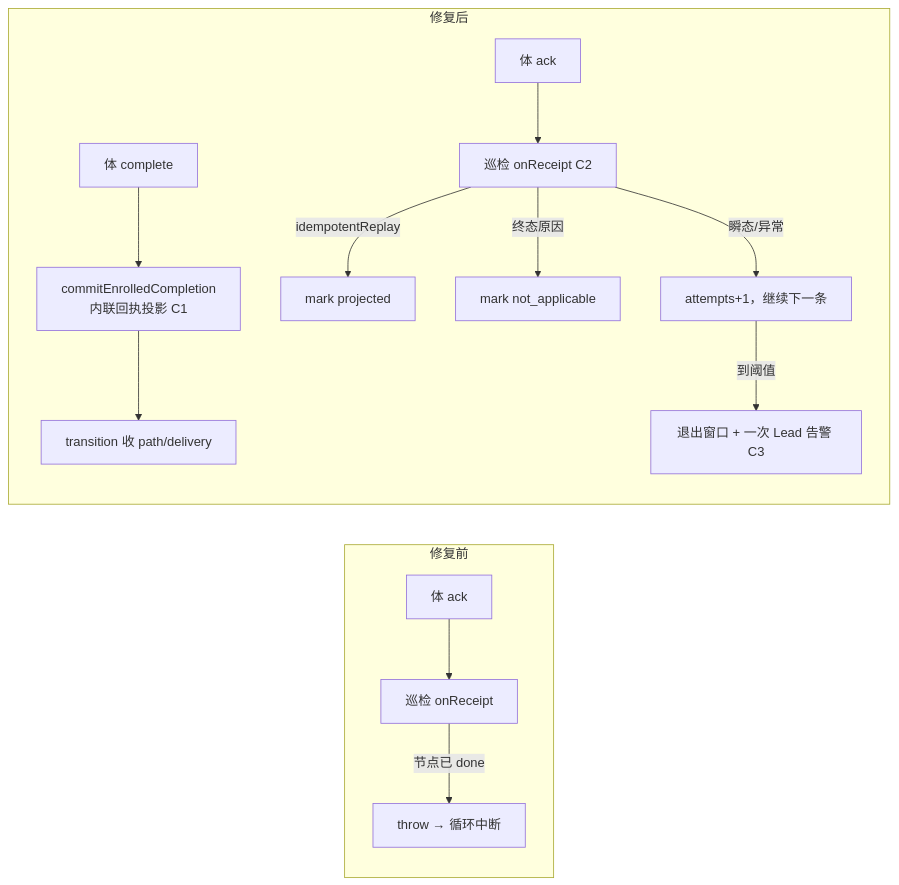
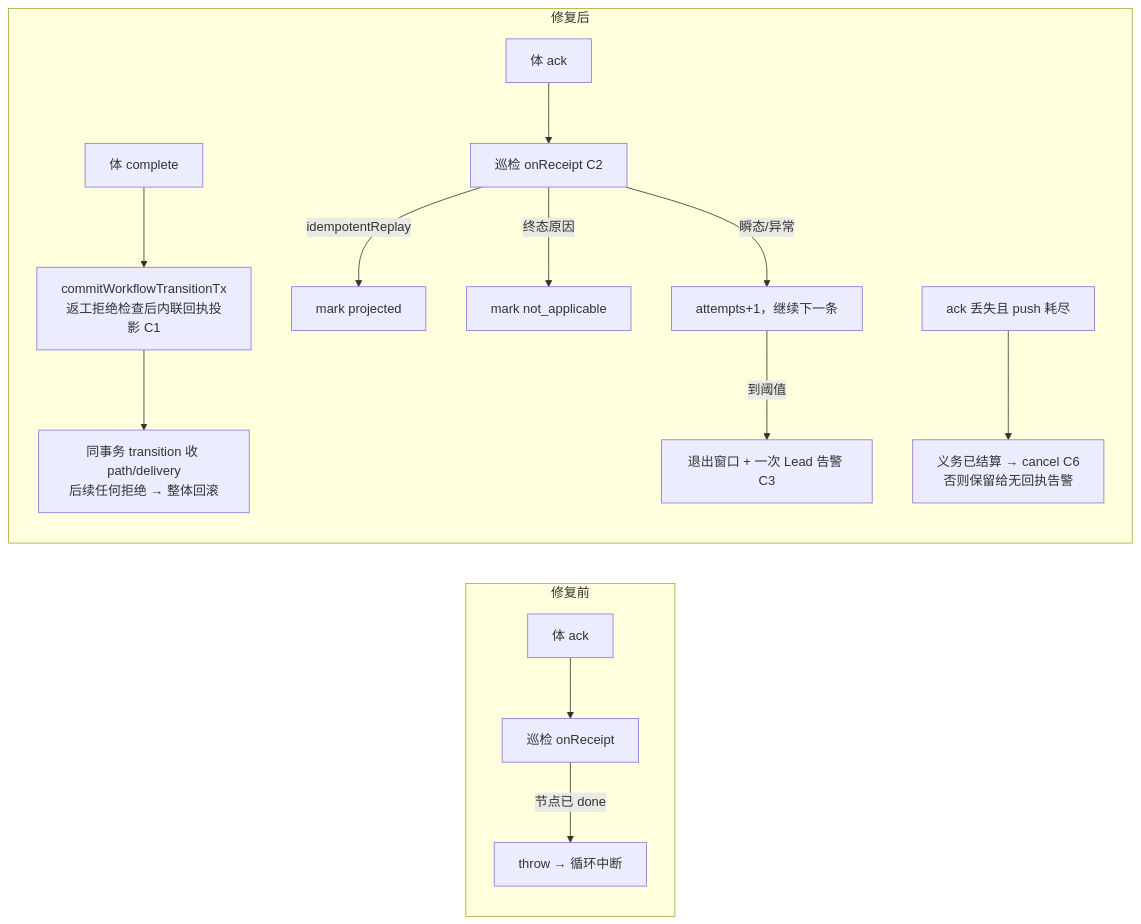
Before and after one commit to xrliAnnie/flywheel-qa-sandbox: the diagram in engineering/doc/FLY-2828-rework-receipt-projection/plan.md, drawn with Mermaid. The commit also changed other lines of this file, not shown here.

````diff
--- a/engineering/doc/FLY-2828-rework-receipt-projection/plan.md
+++ b/engineering/doc/FLY-2828-rework-receipt-projection/plan.md
@@ -30,16 +30,17 @@
 ```mermaid
 flowchart LR
     subgraph before[修复前]
         A1[体 ack] --> B1[巡检 onReceipt]
         B1 -->|节点已 done| C1[throw → 循环中断]
     end
     subgraph after[修复后]
-        A2[体 complete] --> D2[commitEnrolledCompletion<br/>内联回执投影 C1]
-        D2 --> E2[transition 收 path/delivery]
+        A2[体 complete] --> D2[commitWorkflowTransitionTx<br/>返工拒绝检查后内联回执投影 C1]
+        D2 --> E2[同事务 transition 收 path/delivery<br/>后续任何拒绝 → 整体回滚]
         A3[体 ack] --> B2[巡检 onReceipt C2]
         B2 -->|idempotentReplay| F2[mark projected]
         B2 -->|终态原因| G2[mark not_applicable]
         B2 -->|瞬态/异常| H2[attempts+1，继续下一条]
         H2 -->|到阈值| I2[退出窗口 + 一次 Lead 告警 C3]
+        A4[ack 丢失且 push 耗尽] --> J2[义务已结算 → cancel C6<br/>否则保留给无回执告警]
     end
 ```
````
